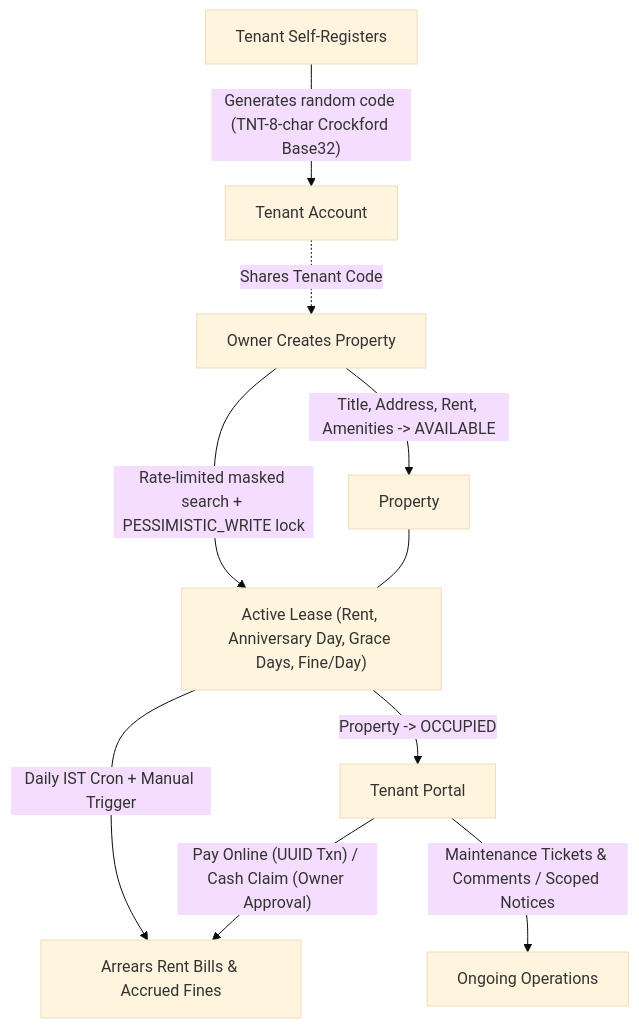
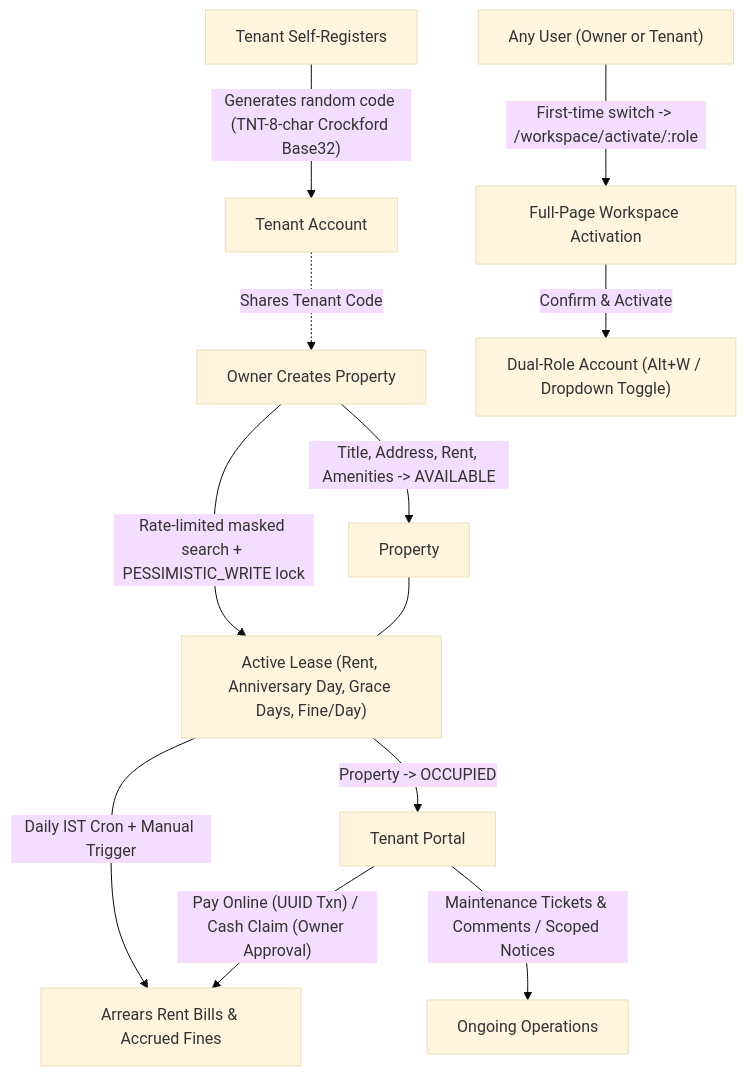
The diagram in README.md (piyushmaurya04/Smylio), drawn with Mermaid (base theme) before and after one commit. The commit also changed other lines of this file and 40 other files, not shown here.

````diff
--- a/README.md
+++ b/README.md
@@ -11,12 +13,14 @@
 ```mermaid
 flowchart TD
     T["Tenant Self-Registers"] -->|"Generates random code (TNT-8-char Crockford Base32)"| ACC["Tenant Account"]
     O["Owner Creates Property"] -->|"Title, Address, Rent, Amenities -> AVAILABLE"| P["Property"]
     ACC -.->|"Shares Tenant Code"| O
     O -->|"Rate-limited masked search + PESSIMISTIC_WRITE lock"| L["Active Lease (Rent, Anniversary Day, Grace Days, Fine/Day)"]
     P --- L
     L -->|"Property -> OCCUPIED"| PORTAL["Tenant Portal"]
     L -->|"Daily IST Cron + Manual Trigger"| RENT["Arrears Rent Bills & Accrued Fines"]
     PORTAL -->|"Pay Online (UUID Txn) / Cash Claim (Owner Approval)"| RENT
     PORTAL -->|"Maintenance Tickets & Comments / Scoped Notices"| OPS["Ongoing Operations"]
+    USER["Any User (Owner or Tenant)"] -->|"First-time switch -> /workspace/activate/:role"| ACT["Full-Page Workspace Activation"]
+    ACT -->|"Confirm & Activate"| DUAL["Dual-Role Account (Alt+W / Dropdown Toggle)"]
 ```
````
